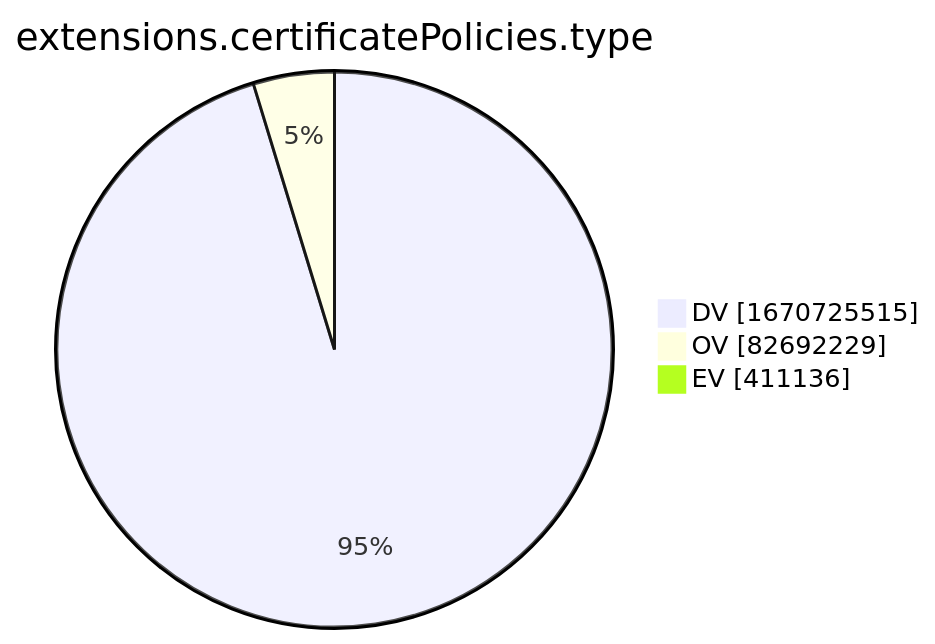
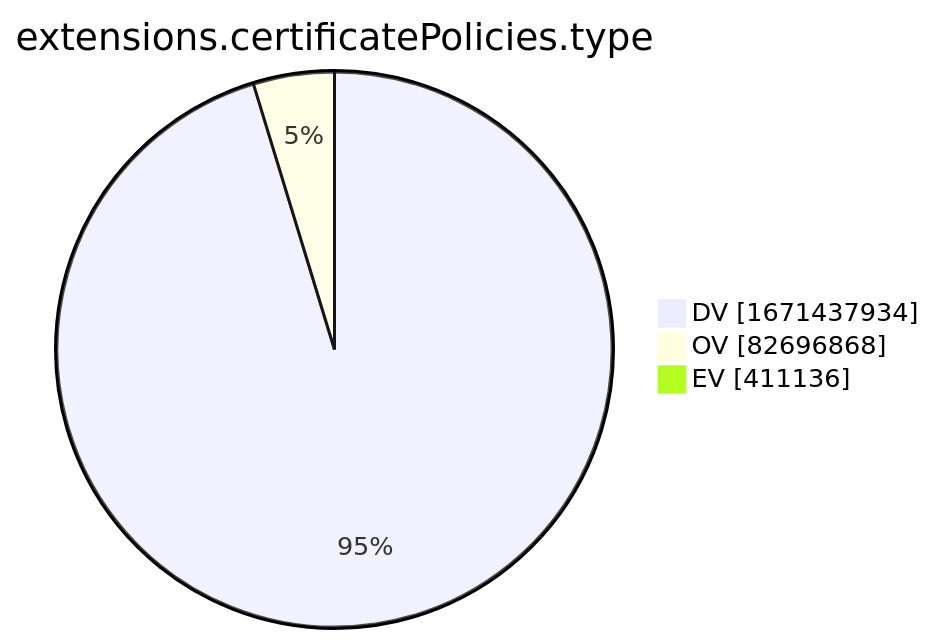
The tenth of 15 diagrams in xenon2022/README.md (christiankrug/ctmonitor_visualization), drawn with Mermaid before and after one commit. The commit also changed other lines of this file, not shown here.

````diff
--- a/xenon2022/README.md
+++ b/xenon2022/README.md
@@ -2880,7 +2880,7 @@
 ```mermaid
 pie showData
 title extensions.certificatePolicies.type
-"DV" :1670725515
-"OV" :82692229
+"DV" :1671437934
+"OV" :82696868
 "EV" :411136
 ```
````
